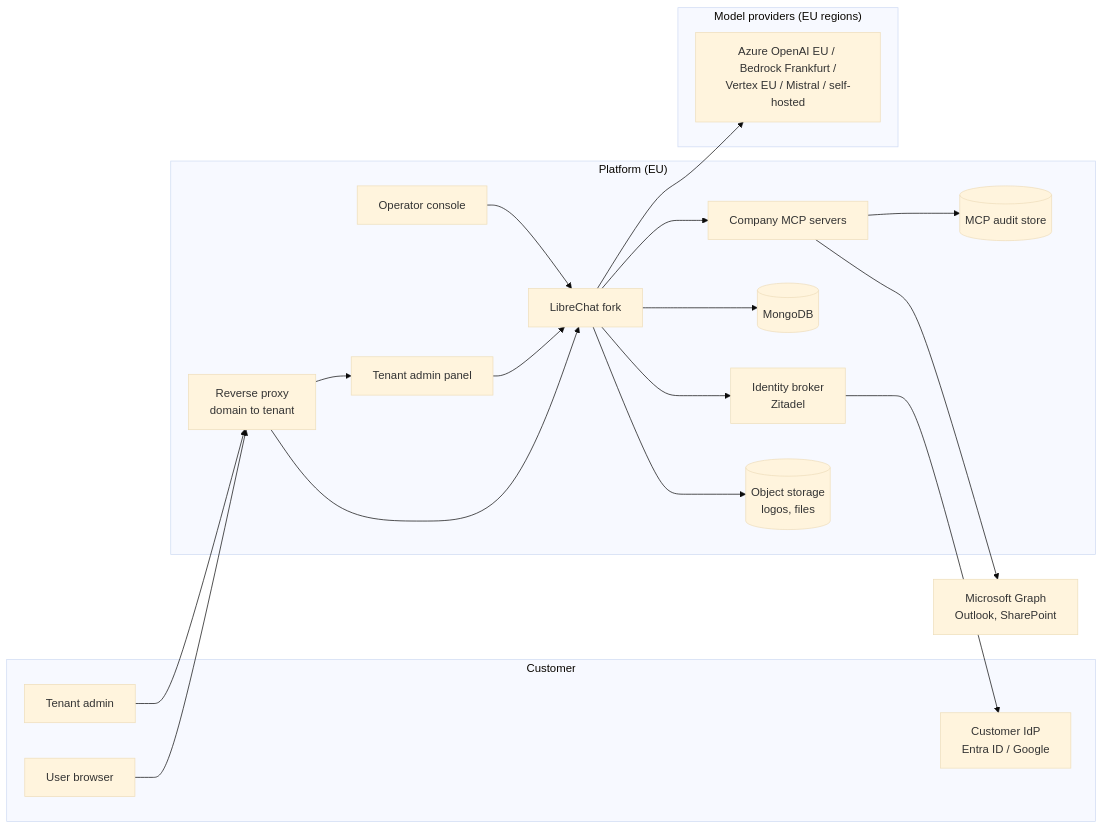
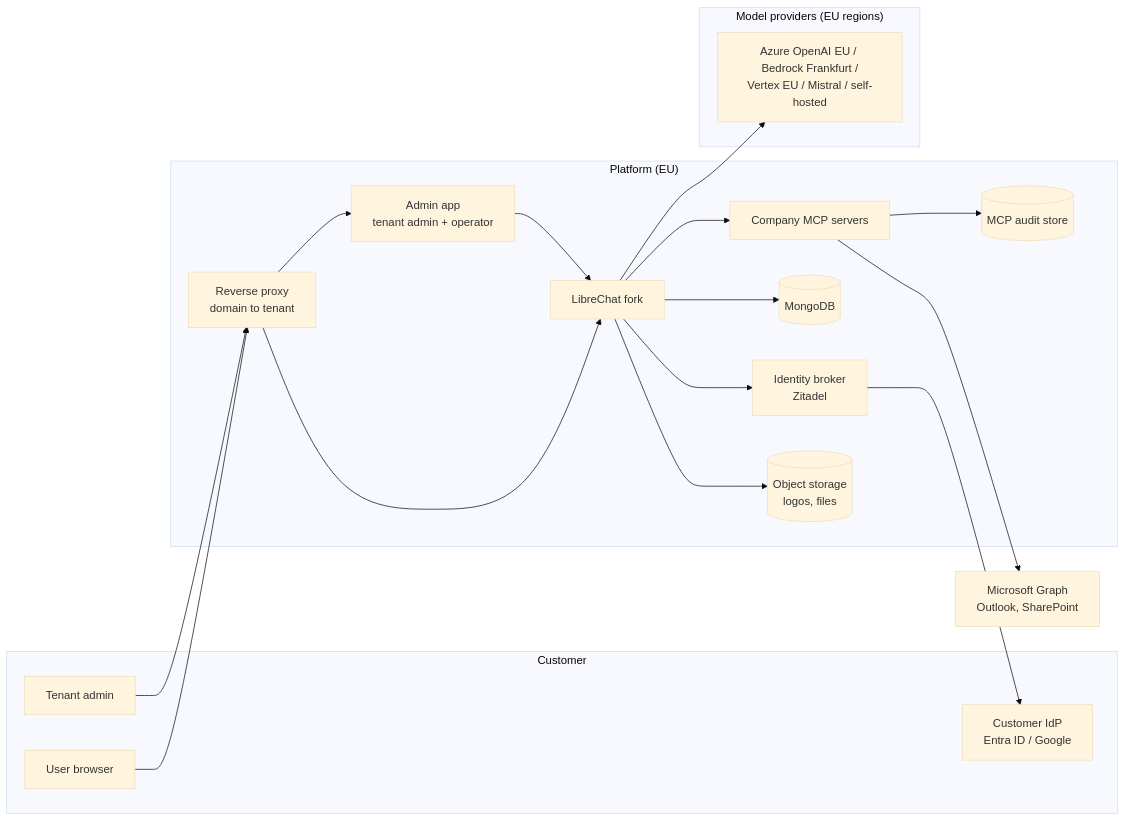
One commit to anno-systems/LibreChat changed the first of 3 diagrams in docs/platform/architecture.md. Above: the diagram before and after it, drawn with Mermaid (base theme). The commit also changed other lines of this file, not shown here.

First line of the commit message:
docs(platform): record Zitadel, single admin app and T Cloud Public

````diff
--- a/docs/platform/architecture.md
+++ b/docs/platform/architecture.md
@@ -30,39 +30,37 @@
 ```mermaid
 flowchart LR
     subgraph Customer
         U[User browser]
         TA[Tenant admin]
         IdP[Customer IdP<br/>Entra ID / Google]
     end
 
     subgraph Platform["Platform (EU)"]
         RP[Reverse proxy<br/>domain to tenant]
         Z[Identity broker<br/>Zitadel]
         LC[LibreChat fork]
         DB[(MongoDB)]
-        AP[Tenant admin panel]
-        OC[Operator console]
+        AP[Admin app<br/>tenant admin + operator]
         MCP[Company MCP servers]
         AUD[(MCP audit store)]
         OBJ[(Object storage<br/>logos, files)]
     end
 
     subgraph Providers["Model providers (EU regions)"]
         M[Azure OpenAI EU / Bedrock Frankfurt /<br/>Vertex EU / Mistral / self-hosted]
     end
 
     MS[Microsoft Graph<br/>Outlook, SharePoint]
 
     U --> RP --> LC
     TA --> RP --> AP
     LC --> Z
     Z --> IdP
     LC --> DB
     AP --> LC
-    OC --> LC
     LC --> M
     LC --> MCP
     MCP --> MS
     MCP --> AUD
     LC --> OBJ
 ```
````
